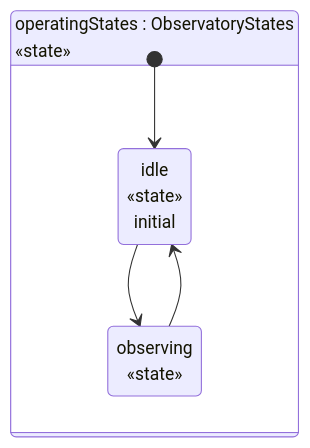
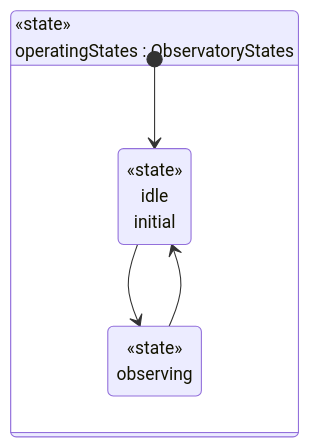
The second of 2 diagrams in internal/doc/docrender/testdata/telescope_report.golden.md (Open-MBEE/OpenSysML), drawn with Mermaid before and after one commit. The commit also changed other lines of this file and 80 other files, not shown here.

First line of the commit message:
fix(view): head every node with its kind above the name and centre Mermaid subgraph titles

````diff
--- a/internal/doc/docrender/testdata/telescope_report.golden.md
+++ b/internal/doc/docrender/testdata/telescope_report.golden.md
@@ -108,12 +109,12 @@
 ```mermaid
 %% state rendering (the diagram states kind "state")
 stateDiagram-v2
   direction LR
-  state "operatingStates : ObservatoryStates<br>«state»" as n0 {
-    state "idle<br>«state»<br>initial" as n1
-    state "observing<br>«state»" as n2
+  state "«state»<br>operatingStates : ObservatoryStates" as n0 {
+    state "«state»<br>idle<br>initial" as n1
+    state "«state»<br>observing" as n2
     [*] --> n1
   }
   n1 --> n2
   n2 --> n1
 ```
````
